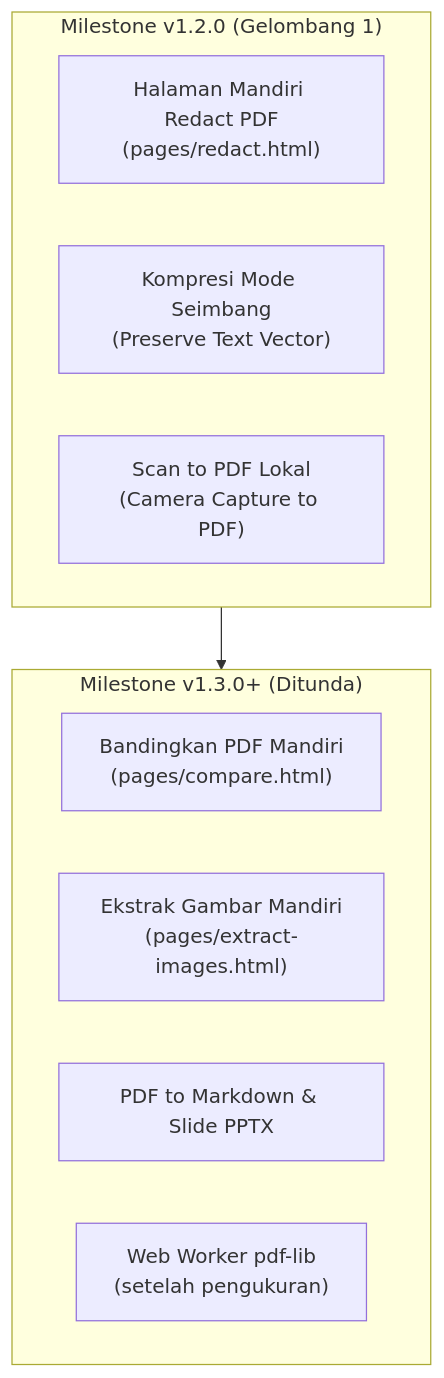
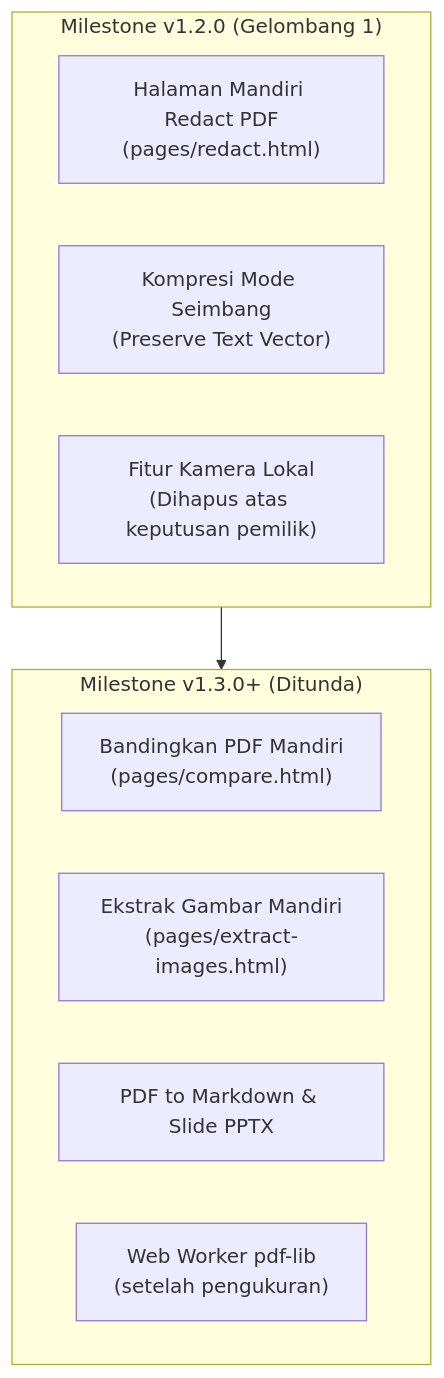
Before and after one commit to danwiraza03/pdf-tools: the diagram in docs/ROADMAP.md, drawn with Mermaid. The commit also changed other lines of this file and 1 other file, not shown here.

Commit message:
docs: perbarui roadmap dan changelog terkait penghapusan scan to pdf

````diff
--- a/docs/ROADMAP.md
+++ b/docs/ROADMAP.md
@@ -133,15 +133,15 @@
 ```mermaid
 flowchart TD
     subgraph V12["Milestone v1.2.0 (Gelombang 1)"]
         M1["Halaman Mandiri Redact PDF<br/>(pages/redact.html)"]
         M2["Kompresi Mode Seimbang<br/>(Preserve Text Vector)"]
-        M3["Scan to PDF Lokal<br/>(Camera Capture to PDF)"]
+        M3["Fitur Kamera Lokal<br/>(Dihapus atas keputusan pemilik)"]
     end
     subgraph V13["Milestone v1.3.0+ (Ditunda)"]
         M4["Bandingkan PDF Mandiri<br/>(pages/compare.html)"]
         M5["Ekstrak Gambar Mandiri<br/>(pages/extract-images.html)"]
         M6["PDF to Markdown & Slide PPTX"]
         M7["Web Worker pdf-lib<br/>(setelah pengukuran)"]
     end
     V12 --> V13
 ```
````
